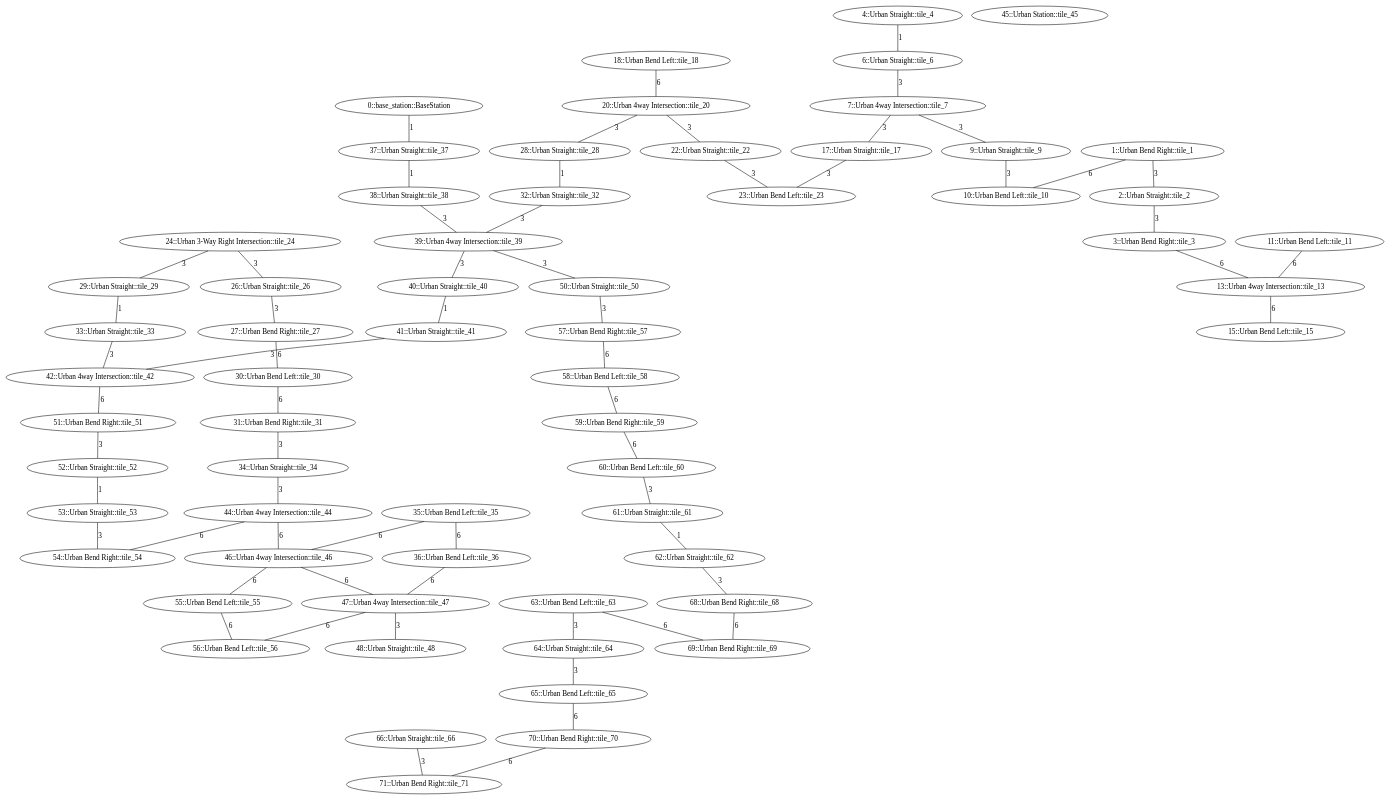
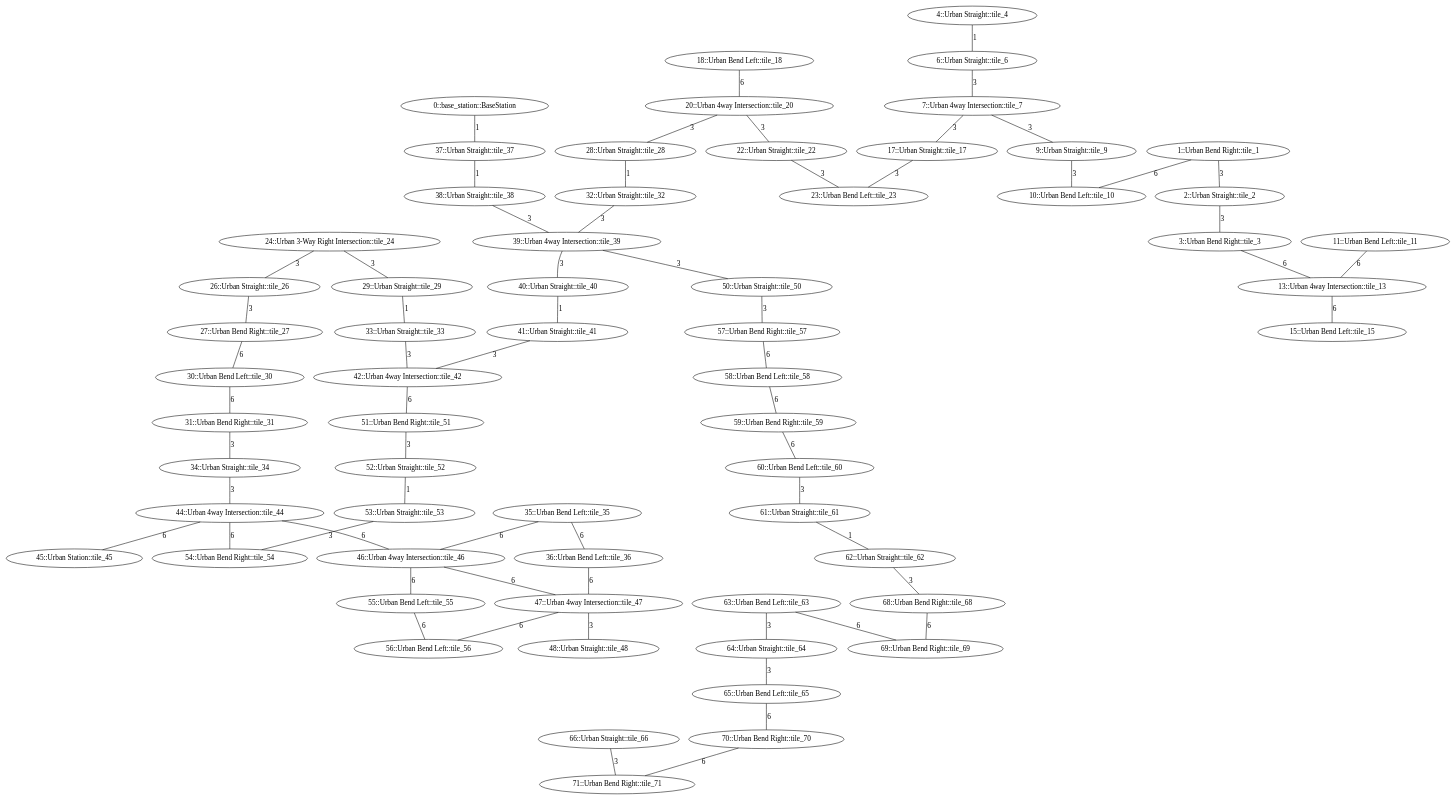
The diagram in subt_ign/worlds/urban.dot (realdealneil/subt), drawn with Graphviz before and after one commit. The commit also changed 1 other file, not shown here.

Commit message:
add Urban Station to DOT manually

```diff
--- a/subt_ign/worlds/urban.dot
+++ b/subt_ign/worlds/urban.dot
@@ -1,137 +1,138 @@
 /* Visibility graph for urban.tsv */
 /* Generated with the tile_tsv.py script: */
 /*   tile_tsv.py urban.tsv -\-graph-file urban.dot -\-world-file urban.sdf -\-world-name urban -\-scale_x 40 -\-scale_y 40 -\-x0 -10 -\-y0 240 */
 
 graph {
   /* ==== Vertices ==== */
 
   /* Base station / Staging area */
   0   [label="0::base_station::BaseStation"];
 
   1   [label="1::Urban Bend Right::tile_1"];
   2   [label="2::Urban Straight::tile_2"];
   3   [label="3::Urban Bend Right::tile_3"];
   4   [label="4::Urban Straight::tile_4"];
   6   [label="6::Urban Straight::tile_6"];
   7   [label="7::Urban 4way Intersection::tile_7"];
   9   [label="9::Urban Straight::tile_9"];
   10  [label="10::Urban Bend Left::tile_10"];
   11  [label="11::Urban Bend Left::tile_11"];
   13  [label="13::Urban 4way Intersection::tile_13"];
   15  [label="15::Urban Bend Left::tile_15"];
   17  [label="17::Urban Straight::tile_17"];
   18  [label="18::Urban Bend Left::tile_18"];
   20  [label="20::Urban 4way Intersection::tile_20"];
   22  [label="22::Urban Straight::tile_22"];
   23  [label="23::Urban Bend Left::tile_23"];
   24  [label="24::Urban 3-Way Right Intersection::tile_24"];
   26  [label="26::Urban Straight::tile_26"];
   27  [label="27::Urban Bend Right::tile_27"];
   28  [label="28::Urban Straight::tile_28"];
   29  [label="29::Urban Straight::tile_29"];
   30  [label="30::Urban Bend Left::tile_30"];
   31  [label="31::Urban Bend Right::tile_31"];
   32  [label="32::Urban Straight::tile_32"];
   33  [label="33::Urban Straight::tile_33"];
   34  [label="34::Urban Straight::tile_34"];
   35  [label="35::Urban Bend Left::tile_35"];
   36  [label="36::Urban Bend Left::tile_36"];
   37  [label="37::Urban Straight::tile_37"];
   38  [label="38::Urban Straight::tile_38"];
   39  [label="39::Urban 4way Intersection::tile_39"];
   40  [label="40::Urban Straight::tile_40"];
   41  [label="41::Urban Straight::tile_41"];
   42  [label="42::Urban 4way Intersection::tile_42"];
   44  [label="44::Urban 4way Intersection::tile_44"];
   45  [label="45::Urban Station::tile_45"];
   46  [label="46::Urban 4way Intersection::tile_46"];
   47  [label="47::Urban 4way Intersection::tile_47"];
   48  [label="48::Urban Straight::tile_48"];
   50  [label="50::Urban Straight::tile_50"];
   51  [label="51::Urban Bend Right::tile_51"];
   52  [label="52::Urban Straight::tile_52"];
   53  [label="53::Urban Straight::tile_53"];
   54  [label="54::Urban Bend Right::tile_54"];
   55  [label="55::Urban Bend Left::tile_55"];
   56  [label="56::Urban Bend Left::tile_56"];
   57  [label="57::Urban Bend Right::tile_57"];
   58  [label="58::Urban Bend Left::tile_58"];
   59  [label="59::Urban Bend Right::tile_59"];
   60  [label="60::Urban Bend Left::tile_60"];
   61  [label="61::Urban Straight::tile_61"];
   62  [label="62::Urban Straight::tile_62"];
   63  [label="63::Urban Bend Left::tile_63"];
   64  [label="64::Urban Straight::tile_64"];
   65  [label="65::Urban Bend Left::tile_65"];
   66  [label="66::Urban Straight::tile_66"];
   68  [label="68::Urban Bend Right::tile_68"];
   69  [label="69::Urban Bend Right::tile_69"];
   70  [label="70::Urban Bend Right::tile_70"];
   71  [label="71::Urban Bend Right::tile_71"];
 
   /* ==== Edges ==== */
 
   /* Base station */
   0  -- 37  [label=1];
   1  -- 2   [label=3];
   1  -- 10  [label=6];
   2  -- 3   [label=3];
   3  -- 13  [label=6];
   4  -- 6   [label=1];
   6  -- 7   [label=3];
   7  -- 9   [label=3];  /* Intersection */
   7  -- 17  [label=3];  /* Intersection */
   9  -- 10  [label=3];
   11 -- 13  [label=6];
   13 -- 15  [label=6];  /* Intersection */
   17 -- 23  [label=3];
   18 -- 20  [label=6];
   20 -- 22  [label=3];  /* Intersection */
   20 -- 28  [label=3];  /* Intersection */
   22 -- 23  [label=3];
   24 -- 26  [label=3];  /* Intersection */
   24 -- 29  [label=3];  /* Intersection */
   26 -- 27  [label=3];
   27 -- 30  [label=6];
   28 -- 32  [label=1];
   29 -- 33  [label=1];
   30 -- 31  [label=6];
   31 -- 34  [label=3];
   32 -- 39  [label=3];
   33 -- 42  [label=3];
   34 -- 44  [label=3];
   35 -- 36  [label=6];
   35 -- 46  [label=6];
   36 -- 47  [label=6];
   37 -- 38  [label=1];
   38 -- 39  [label=3];
   39 -- 40  [label=3];  /* Intersection */
   39 -- 50  [label=3];  /* Intersection */
   40 -- 41  [label=1];
   41 -- 42  [label=3];
   42 -- 51  [label=6];  /* Intersection */
   44 -- 46  [label=6];  /* Intersection */
   44 -- 54  [label=6];  /* Intersection */
+  44 -- 45  [label=6];  /* TODO: currently manually added until multiple tiles in same cell feature is added */
   46 -- 47  [label=6];  /* Intersection */
   46 -- 55  [label=6];  /* Intersection */
   47 -- 48  [label=3];  /* Intersection */
   47 -- 56  [label=6];  /* Intersection */
   50 -- 57  [label=3];
   51 -- 52  [label=3];
   52 -- 53  [label=1];
   53 -- 54  [label=3];
   55 -- 56  [label=6];
   57 -- 58  [label=6];
   58 -- 59  [label=6];
   59 -- 60  [label=6];
   60 -- 61  [label=3];
   61 -- 62  [label=1];
   62 -- 68  [label=3];
   63 -- 64  [label=3];
   63 -- 69  [label=6];
   64 -- 65  [label=3];
   65 -- 70  [label=6];
   66 -- 71  [label=3];
   68 -- 69  [label=6];
   70 -- 71  [label=6];
 }
```
